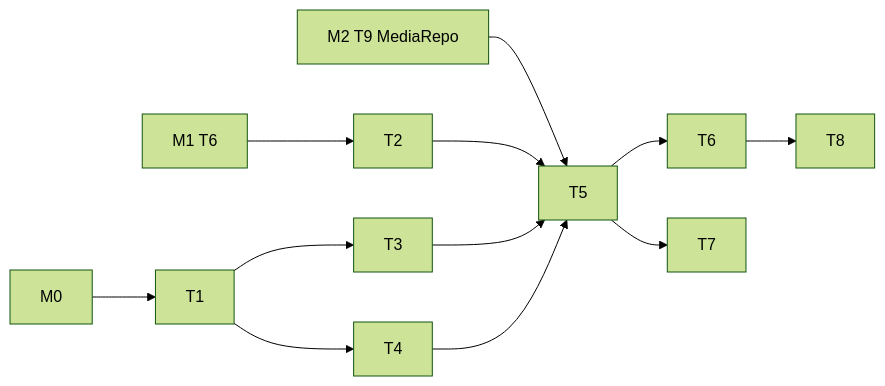
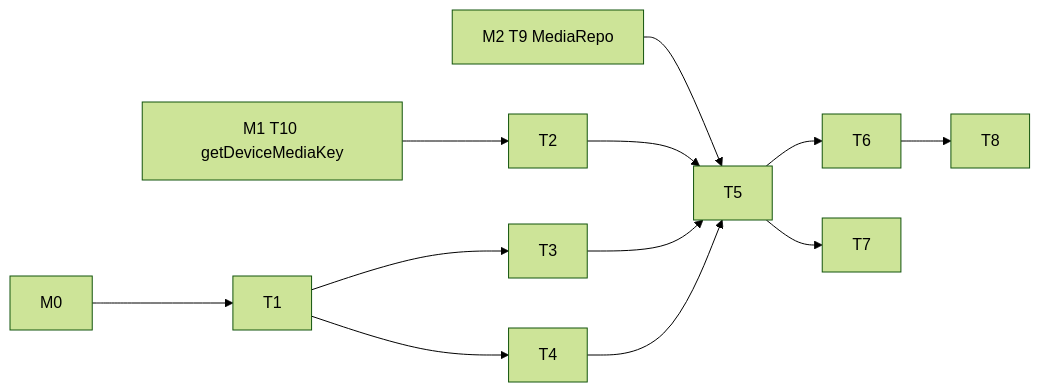
Before and after one commit to cr1992/DayZ: the diagram in specs/active/media-storage/tasks.md, drawn with Mermaid (forest theme). The commit also changed other lines of this file and 16 other files, not shown here.

````diff
--- a/specs/active/media-storage/tasks.md
+++ b/specs/active/media-storage/tasks.md
@@ -12,14 +14,14 @@
 ```mermaid
 graph LR
   M0[M0] --> T1
-  M1T6[M1 T6] --> T2
+  M1T10[M1 T10 getDeviceMediaKey] --> T2
   M2T9[M2 T9 MediaRepo] --> T5
   T1 --> T3
   T1 --> T4
   T2 --> T5
   T3 --> T5
   T4 --> T5
   T5 --> T6
   T5 --> T7
   T6 --> T8
 ```
````
